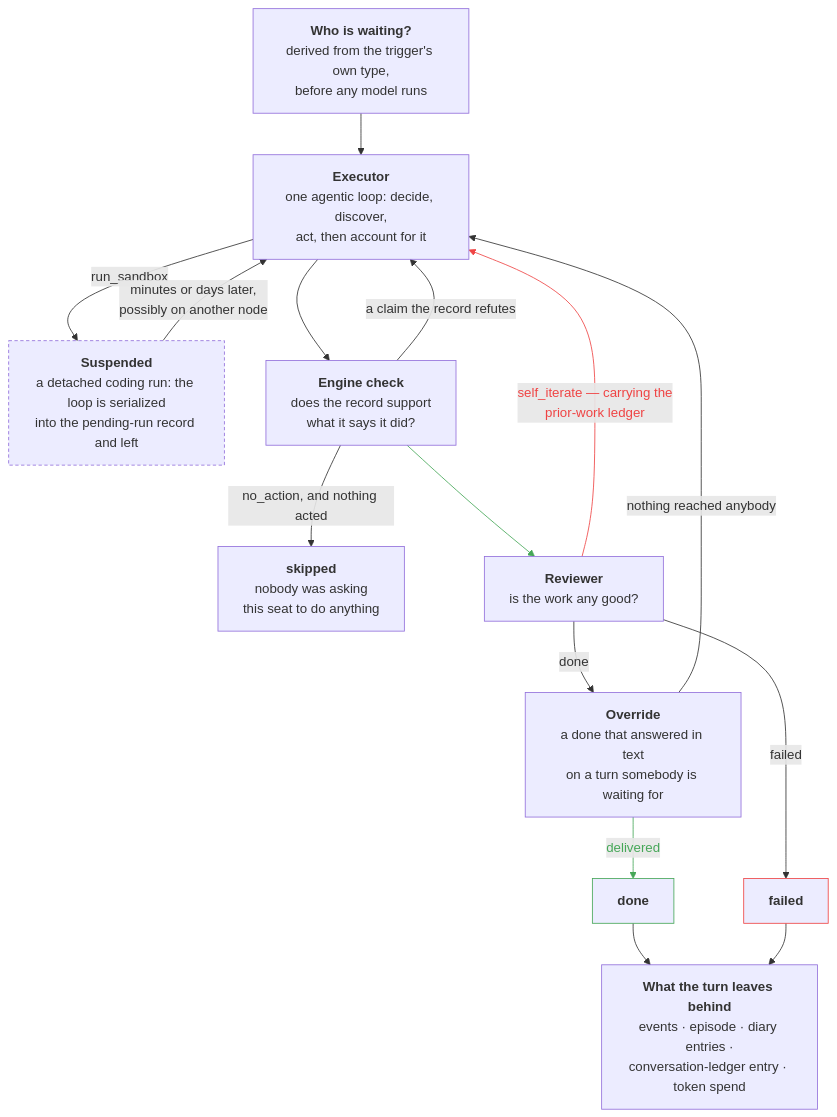
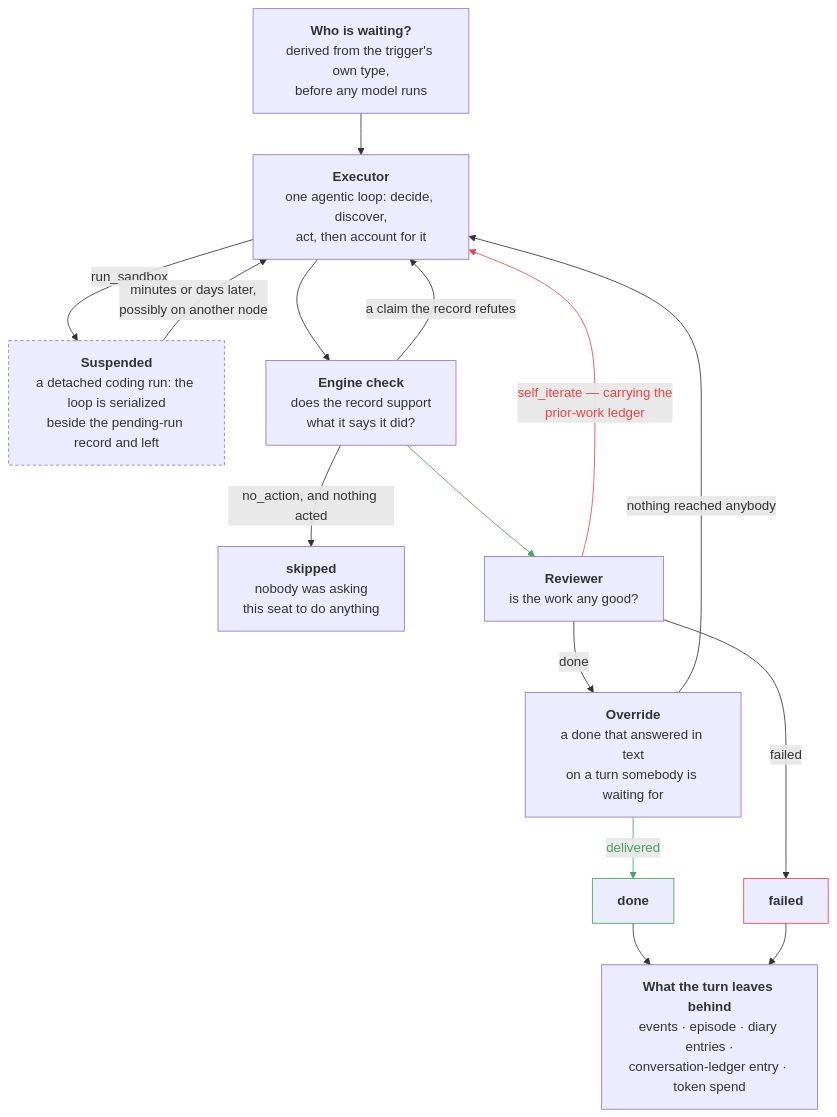
One commit to crewlet/crewlet changed the eighth of 10 diagrams in docs/concepts/architecture.md. Above: the diagram before and after it, drawn with Mermaid. The commit also changed other lines of this file and 47 other files, not shown here.

````diff
--- a/docs/concepts/architecture.md
+++ b/docs/concepts/architecture.md
@@ -464,37 +464,37 @@
 ```mermaid
 flowchart TB
     WHO["<b>Who is waiting?</b><br/>derived from the trigger's own type,<br/>before any model runs"]
     EXEC["<b>Executor</b><br/>one agentic loop: decide, discover,<br/>act, then account for it"]
-    SUSP["<b>Suspended</b><br/>a detached coding run: the loop is serialized<br/>into the pending-run record and left"]
+    SUSP["<b>Suspended</b><br/>a detached coding run: the loop is serialized<br/>beside the pending-run record and left"]
     CHECK["<b>Engine check</b><br/>does the record support<br/>what it says it did?"]
     SKIP["<b>skipped</b><br/>nobody was asking<br/>this seat to do anything"]
     REV["<b>Reviewer</b><br/>is the work any good?"]
     OVER["<b>Override</b><br/>a done that answered in text<br/>on a turn somebody is waiting for"]
     DONE["<b>done</b>"]
     FAIL["<b>failed</b>"]
     AFTER["<b>What the turn leaves behind</b><br/>events · episode · diary entries ·<br/>conversation-ledger entry · token spend"]
 
     WHO --> EXEC
     EXEC -->|run_sandbox| SUSP
     SUSP -->|"minutes or days later,<br/>possibly on another node"| EXEC
     EXEC --> CHECK
     CHECK -->|"no_action, and nothing acted"| SKIP
     CHECK -->|"a claim the record refutes"| EXEC
     CHECK --> REV
     REV -->|done| OVER
     OVER -->|delivered| DONE
     OVER -->|"nothing reached anybody"| EXEC
     REV -->|"self_iterate — carrying the<br/>prior-work ledger"| EXEC
     REV -->|failed| FAIL
     DONE --> AFTER
     FAIL --> AFTER
 
     DONE:::ok
     FAIL:::danger
     SUSP:::happens
     classDef ok stroke:#46a758
     classDef danger stroke:#ef4444
     classDef happens stroke-dasharray:4 3
     linkStyle 6,8 stroke:#46a758,color:#46a758
     linkStyle 10 stroke:#ef4444,color:#ef4444
 ```
````
